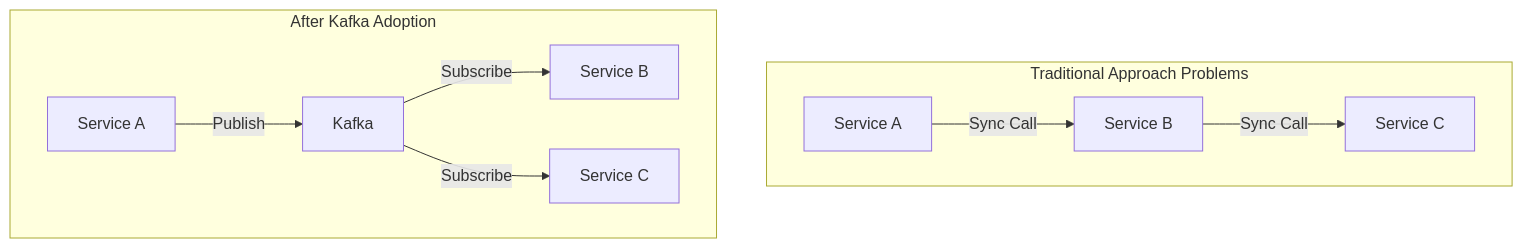
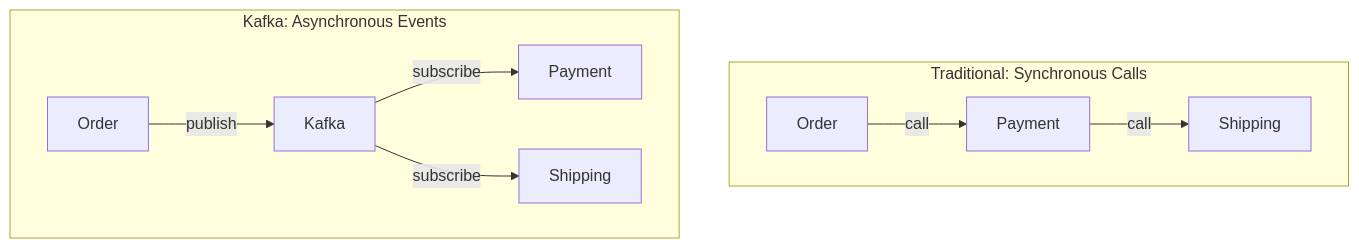
The first of 6 diagrams in content/en/docs/kafka/concepts/core-components.md (advanced-beginner/advanced-beginner.github.io), drawn with Mermaid before and after one commit. The commit also changed other lines of this file and 20 other files, not shown here.

````diff
--- a/content/en/docs/kafka/concepts/core-components.md
+++ b/content/en/docs/kafka/concepts/core-components.md
@@ -19,13 +39,13 @@
 ```mermaid
 flowchart TB
-    subgraph Problem["Traditional Approach Problems"]
-        A[Service A] -->|Sync Call| B[Service B]
-        B -->|Sync Call| C[Service C]
+    subgraph Before["Traditional: Synchronous Calls"]
+        A1[Order] -->|call| A2[Payment]
+        A2 -->|call| A3[Shipping]
     end
 
-    subgraph Solution["After Kafka Adoption"]
-        D[Service A] -->|Publish| E[Kafka]
-        E -->|Subscribe| F[Service B]
-        E -->|Subscribe| G[Service C]
+    subgraph After["Kafka: Asynchronous Events"]
+        B1[Order] -->|publish| K[Kafka]
+        K -->|subscribe| B2[Payment]
+        K -->|subscribe| B3[Shipping]
     end
 ```
````
